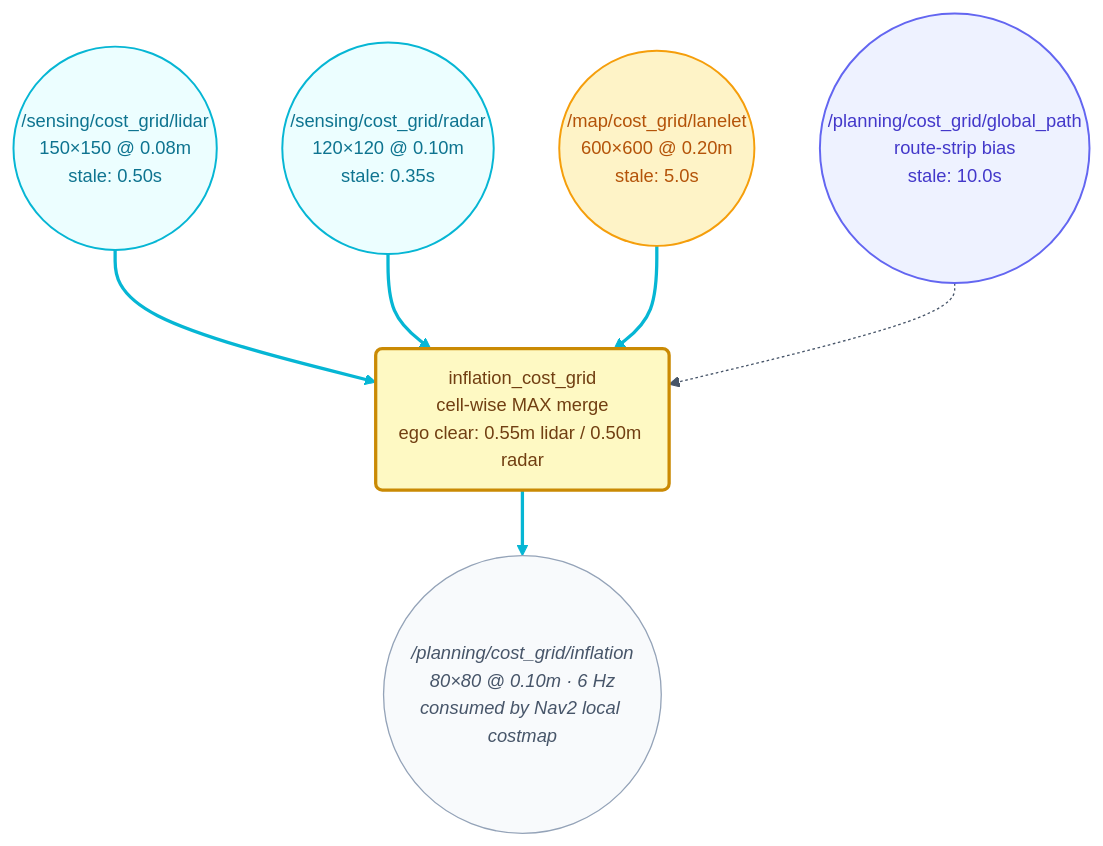
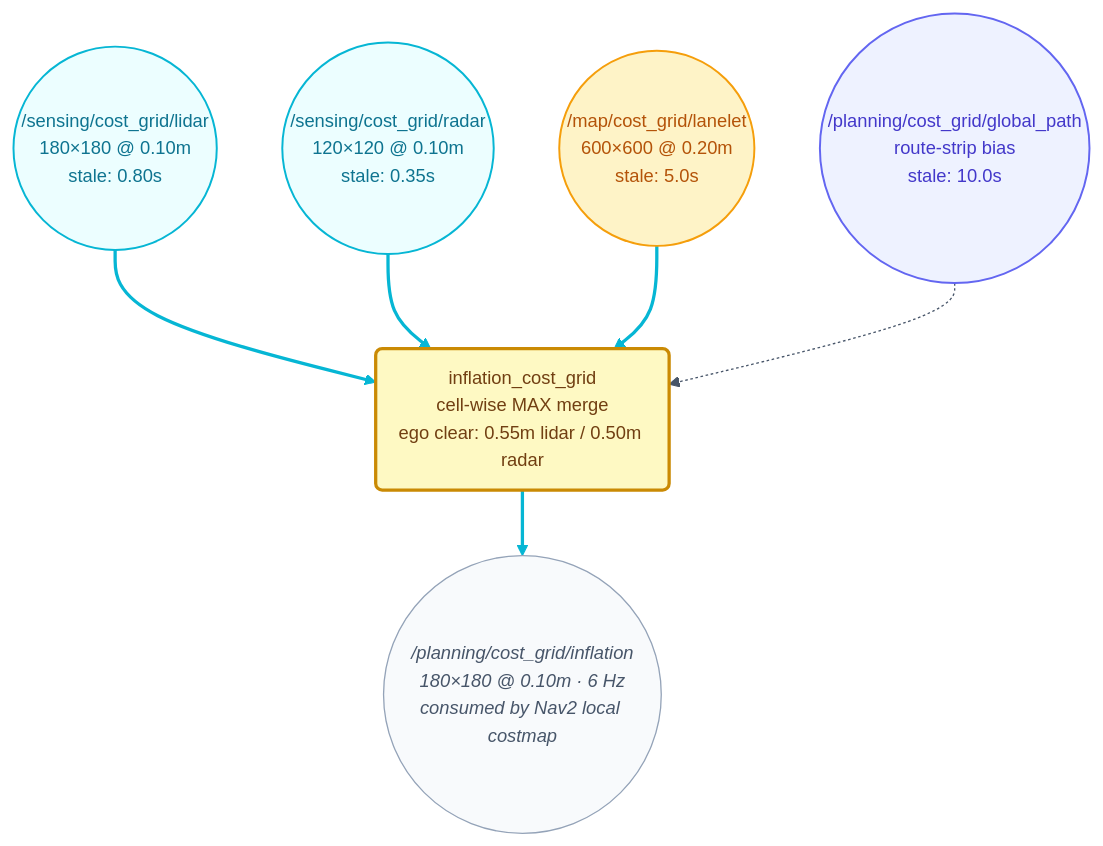
Before and after one commit to hwanhonglee/CAMROD: the third of 3 diagrams in camrod_sensing/README.md, drawn with Mermaid. The commit also changed other lines of this file and 10 other files, not shown here.

````diff
--- a/camrod_sensing/README.md
+++ b/camrod_sensing/README.md
@@ -208,34 +208,34 @@
 ```mermaid
 %%{init: {'theme': 'base', 'themeVariables': {'fontFamily': 'ui-sans-serif, system-ui, sans-serif', 'fontSize': '14px', 'primaryColor': '#EEF2FF', 'primaryTextColor': '#0F172A', 'primaryBorderColor': '#6366F1', 'lineColor': '#475569'}, 'flowchart': {'curve': 'basis', 'htmlLabels': true, 'padding': 12}}}%%
 graph TD
   classDef sensing      fill:#ECFEFF,stroke:#06B6D4,stroke-width:1.5px,color:#0E7490;
   classDef localization fill:#ECFDF5,stroke:#10B981,stroke-width:1.5px,color:#047857;
   classDef mapping      fill:#FEF3C7,stroke:#F59E0B,stroke-width:1.5px,color:#B45309;
   classDef perception   fill:#FCE7F3,stroke:#EC4899,stroke-width:1.5px,color:#9D174D;
   classDef planning     fill:#EEF2FF,stroke:#6366F1,stroke-width:1.5px,color:#4338CA;
   classDef platform     fill:#FEE2E2,stroke:#EF4444,stroke-width:1.5px,color:#B91C1C;
   classDef docking      fill:#F5F3FF,stroke:#8B5CF6,stroke-width:1.5px,color:#6D28D9;
   classDef system       fill:#F1F5F9,stroke:#64748B,stroke-width:1.5px,color:#334155;
   classDef ui           fill:#FFF7ED,stroke:#F97316,stroke-width:1.5px,color:#C2410C;
   classDef topic        fill:#F8FAFC,stroke:#94A3B8,stroke-width:1px,color:#475569,font-style:italic;
   classDef config       fill:#FFFBEB,stroke:#D97706,stroke-width:1.5px,color:#92400E;
   classDef hardware     fill:#FAFAFA,stroke:#6B7280,stroke-width:1.5px,color:#374151;
   classDef highlight    fill:#FEF9C3,stroke:#CA8A04,stroke-width:2.5px,color:#713F12;
 
-  L1((/sensing/cost_grid/lidar\n150×150 @ 0.08m\nstale: 0.50s)):::sensing
+  L1((/sensing/cost_grid/lidar\n180×180 @ 0.10m\nstale: 0.80s)):::sensing
   L2((/sensing/cost_grid/radar\n120×120 @ 0.10m\nstale: 0.35s)):::sensing
   L3((/map/cost_grid/lanelet\n600×600 @ 0.20m\nstale: 5.0s)):::mapping
   L4((/planning/cost_grid/global_path\nroute-strip bias\nstale: 10.0s)):::planning
 
   FUSE(inflation_cost_grid\ncell-wise MAX merge\nego clear: 0.55m lidar / 0.50m radar):::highlight
 
-  OUT((/planning/cost_grid/inflation\n80×80 @ 0.10m · 6 Hz\nconsumed by Nav2 local costmap)):::topic
+  OUT((/planning/cost_grid/inflation\n180×180 @ 0.10m · 6 Hz\nconsumed by Nav2 local costmap)):::topic
 
   L1 ==> FUSE
   L2 ==> FUSE
   L3 ==> FUSE
   L4 -.-> FUSE
   FUSE ==> OUT
 
   linkStyle 0,1,2,4 stroke:#06B6D4,stroke-width:2.5px;
 ```
````
